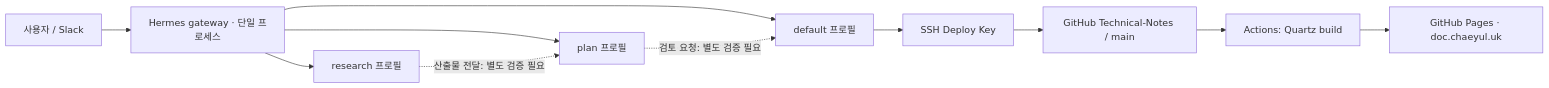
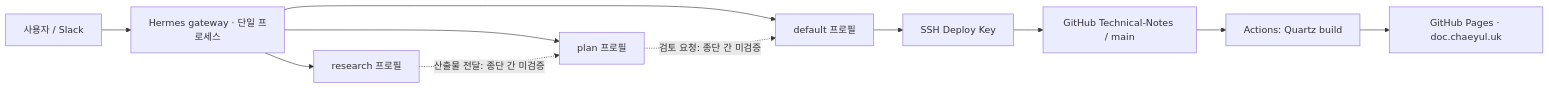
The diagram in content/openclaw/hermes-multiplex-vps-verified-draft-20261124.md (ttlojs-john/Technical-Notes), drawn with Mermaid before and after one commit. The commit also changed other lines of this file and 1 other file, not shown here.

````diff
--- a/content/openclaw/hermes-multiplex-vps-verified-draft-20261124.md
+++ b/content/openclaw/hermes-multiplex-vps-verified-draft-20261124.md
@@ -24,13 +23,13 @@
 ```mermaid
 flowchart LR
   U["사용자 / Slack"] --> G["Hermes gateway · 단일 프로세스"]
   G --> R["research 프로필"]
   G --> P["plan 프로필"]
   G --> D["default 프로필"]
-  R -. "산출물 전달: 별도 검증 필요" .-> P
-  P -. "검토 요청: 별도 검증 필요" .-> D
+  R -. "산출물 전달: 종단 간 미검증" .-> P
+  P -. "검토 요청: 종단 간 미검증" .-> D
   D --> K["SSH Deploy Key"]
   K --> GH["GitHub Technical-Notes / main"]
   GH --> A["Actions: Quartz build"]
   A --> S["GitHub Pages · doc.chaeyul.uk"]
 ```
````
